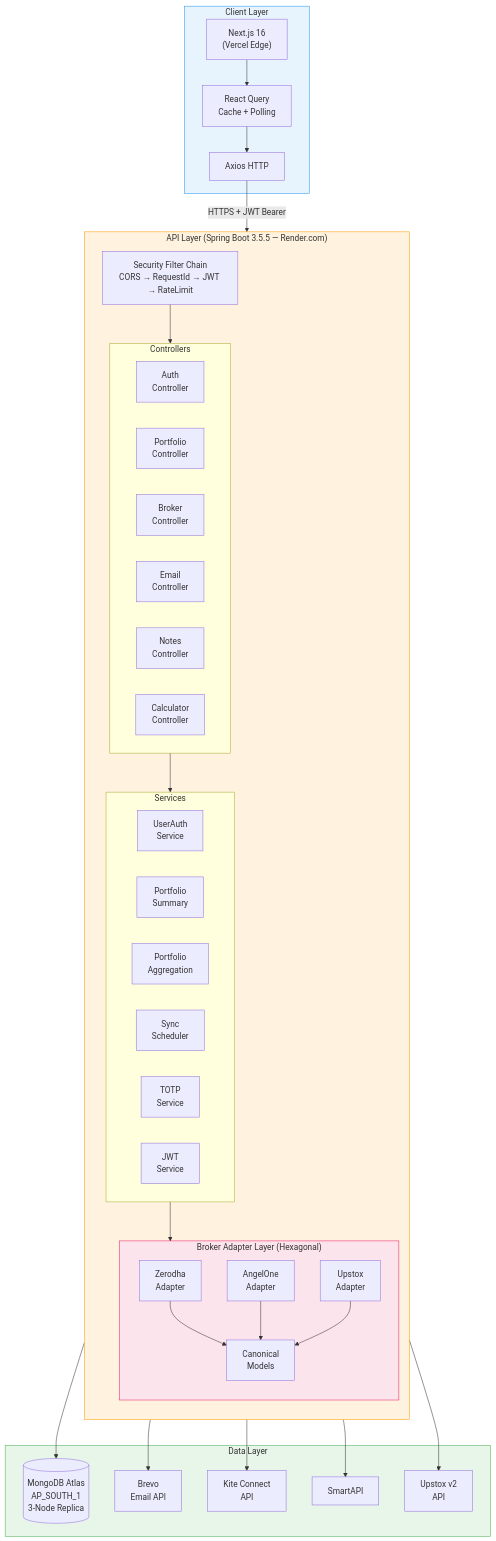
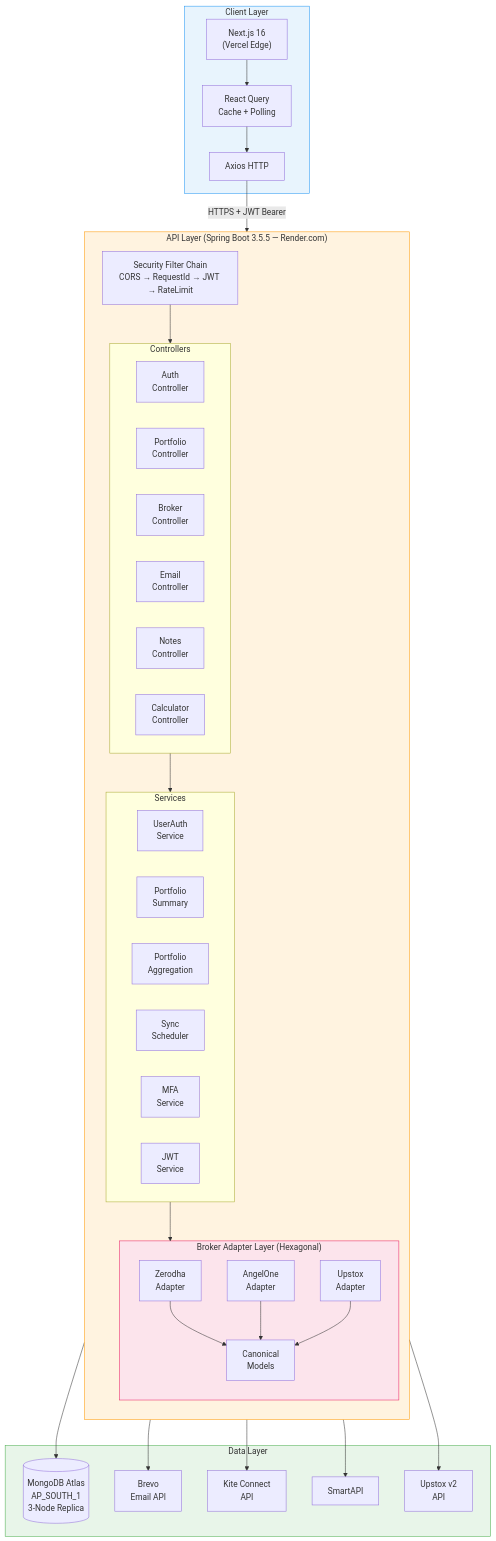
The first of 12 diagrams in README.md (urvagandhi/coinTrack), drawn with Mermaid before and after one commit. The commit also changed other lines of this file and 76 other files, not shown here.

````diff
--- a/README.md
+++ b/README.md
@@ -64,64 +64,64 @@
 ```mermaid
 graph TB
     subgraph Client["Client Layer"]
         FE["Next.js 16<br/>(Vercel Edge)"]
         RQ["React Query<br/>Cache + Polling"]
         AX["Axios HTTP"]
         FE --> RQ --> AX
     end
 
     subgraph API["API Layer (Spring Boot 3.5.5 — Render.com)"]
         direction TB
         FC["Security Filter Chain<br/>CORS → RequestId → JWT → RateLimit"]
 
         subgraph Controllers
             AC["Auth<br/>Controller"]
             PC["Portfolio<br/>Controller"]
             BC["Broker<br/>Controller"]
             EC["Email<br/>Controller"]
             NC["Notes<br/>Controller"]
             CC["Calculator<br/>Controller"]
         end
 
         subgraph Services
             AS["UserAuth<br/>Service"]
             PS["Portfolio<br/>Summary"]
             PA["Portfolio<br/>Aggregation"]
             SS["Sync<br/>Scheduler"]
-            TS["TOTP<br/>Service"]
+            TS["MFA<br/>Service"]
             JS["JWT<br/>Service"]
         end
 
         subgraph Brokers["Broker Adapter Layer (Hexagonal)"]
             ZA["Zerodha<br/>Adapter"]
             AA["AngelOne<br/>Adapter"]
             UA["Upstox<br/>Adapter"]
             CM["Canonical<br/>Models"]
             ZA & AA & UA --> CM
         end
 
         FC --> Controllers
         Controllers --> Services
         Services --> Brokers
     end
 
     subgraph Data["Data Layer"]
         MDB[("MongoDB Atlas<br/>AP_SOUTH_1<br/>3-Node Replica")]
         BR["Brevo<br/>Email API"]
         KA["Kite Connect<br/>API"]
         SA["SmartAPI"]
         UPA["Upstox v2<br/>API"]
     end
 
     AX -->|"HTTPS + JWT Bearer"| FC
     Services --> MDB
     Services --> BR
     ZA --> KA
     AA --> SA
     UA --> UPA
 
     style Client fill:#e8f4fd,stroke:#2196F3
     style API fill:#fff3e0,stroke:#FF9800
     style Data fill:#e8f5e9,stroke:#4CAF50
     style Brokers fill:#fce4ec,stroke:#E91E63
 ```
````
